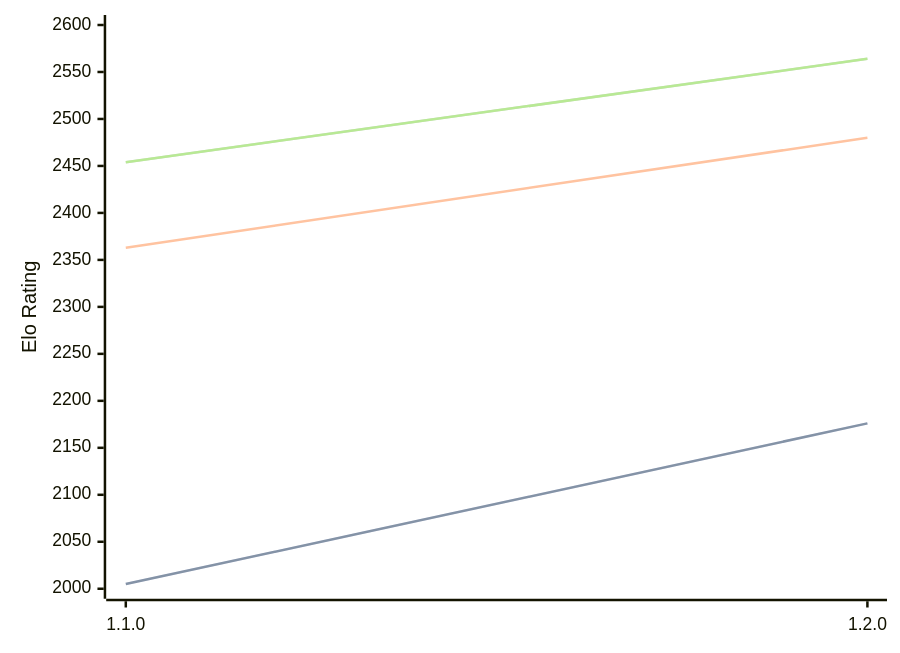
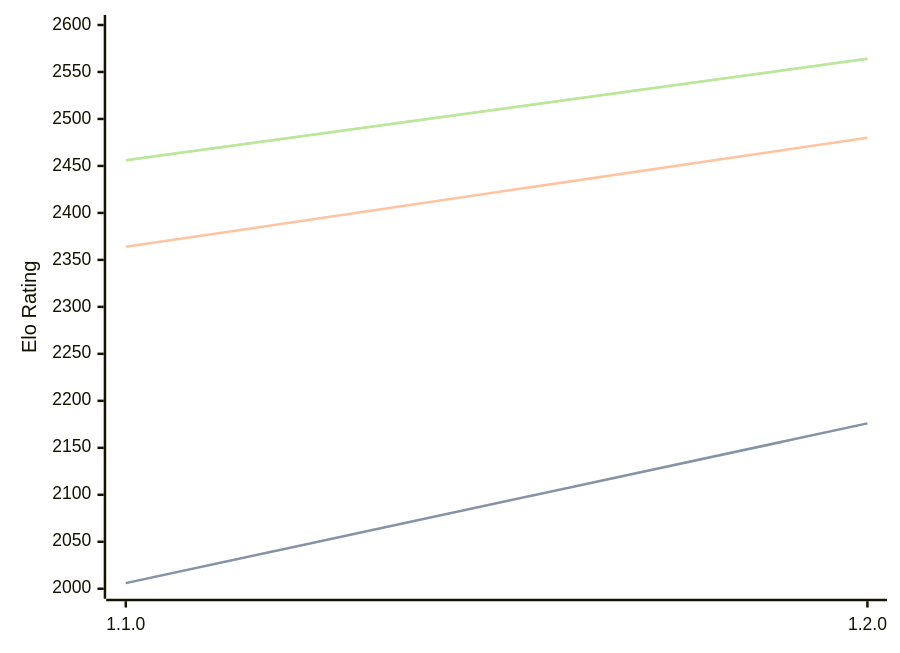
Before and after one commit to computer-chess-index/cci: the diagram in engines/Gyatso.md, drawn with Mermaid. The commit also changed other lines of this file, not shown here.

Commit message:
Update CCI Ratings (ELO VLTC) - 2026-02-18

````diff
--- a/engines/Gyatso.md
+++ b/engines/Gyatso.md
@@ -30,11 +30,11 @@
 ```mermaid
 %%{init: {"theme":"base","themeVariables":{"seriesColors:['#a3a3a3','#222221','#faa371']}}}%%
 xychart-beta
   x-axis ["1.1.0", "1.2.0"]
   y-axis "Elo Rating" 2000 --> 2600
-  line "STC (8.0+0.08s)" [2005, 2176]
-  line "STC (8.0+0.08s)" [2005, 2176]
-  line "LTC (60.0+0.60s)" [2363, 2480]
-  line "VLTC (2m24s+1.12s)" [2454, 2564]
-  line "VLTC (2m24s+1.12s)" [2454, 2564]
+  line "STC (8.0+0.08s)" [2006, 2176]
+  line "STC (8.0+0.08s)" [2006, 2176]
+  line "LTC (60.0+0.60s)" [2364, 2480]
+  line "VLTC (2m24s+1.12s)" [2456, 2564]
+  line "VLTC (2m24s+1.12s)" [2456, 2564]
 ```
````
